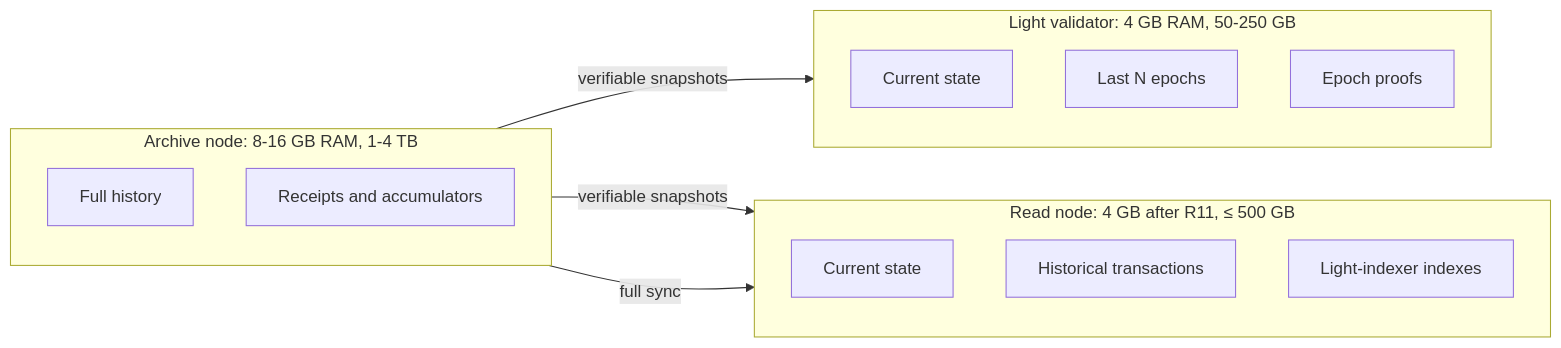
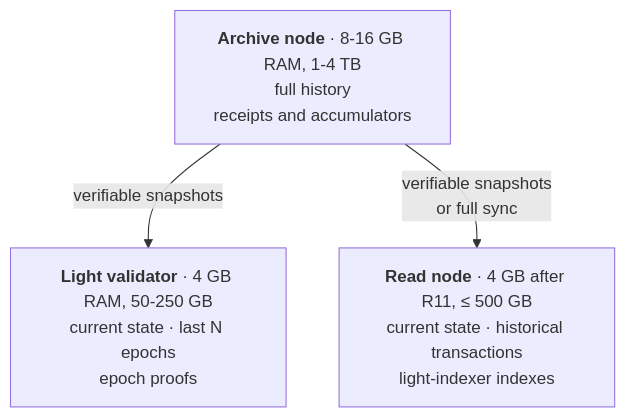
One commit to dazligth/radix-decentralization-roadmap changed the fourth of 4 diagrams in docs/en/09-lighter-nodes.md. Above: the diagram before and after it, drawn with Mermaid. The commit also changed other lines of this file and 9 other files, not shown here.

First line of the commit message:
Redesign diagrams for readability on GitHub

````diff
--- a/docs/en/09-lighter-nodes.md
+++ b/docs/en/09-lighter-nodes.md
@@ -438,20 +437,8 @@
 ```mermaid
-flowchart LR
-    subgraph V["Light validator: 4 GB RAM, 50-250 GB"]
-        V1["Current state"]
-        V2["Last N epochs"]
-        V3["Epoch proofs"]
-    end
-    subgraph R["Read node: 4 GB after R11, ≤ 500 GB"]
-        R1["Current state"]
-        R2["Historical transactions"]
-        R3["Light-indexer indexes"]
-    end
-    subgraph A["Archive node: 8-16 GB RAM, 1-4 TB"]
-        A1["Full history"]
-        A2["Receipts and accumulators"]
-    end
-    A -- "verifiable snapshots" --> V
-    A -- "verifiable snapshots" --> R
-    A -- "full sync" --> R
+flowchart TB
+    A["<b>Archive node</b> · 8-16 GB RAM, 1-4 TB<br/>full history<br/>receipts and accumulators"]
+    V["<b>Light validator</b> · 4 GB RAM, 50-250 GB<br/>current state · last N epochs<br/>epoch proofs"]
+    R["<b>Read node</b> · 4 GB after R11, ≤ 500 GB<br/>current state · historical transactions<br/>light-indexer indexes"]
+    A -->|"verifiable snapshots"| V
+    A -->|"verifiable snapshots<br/>or full sync"| R
 ```
````
